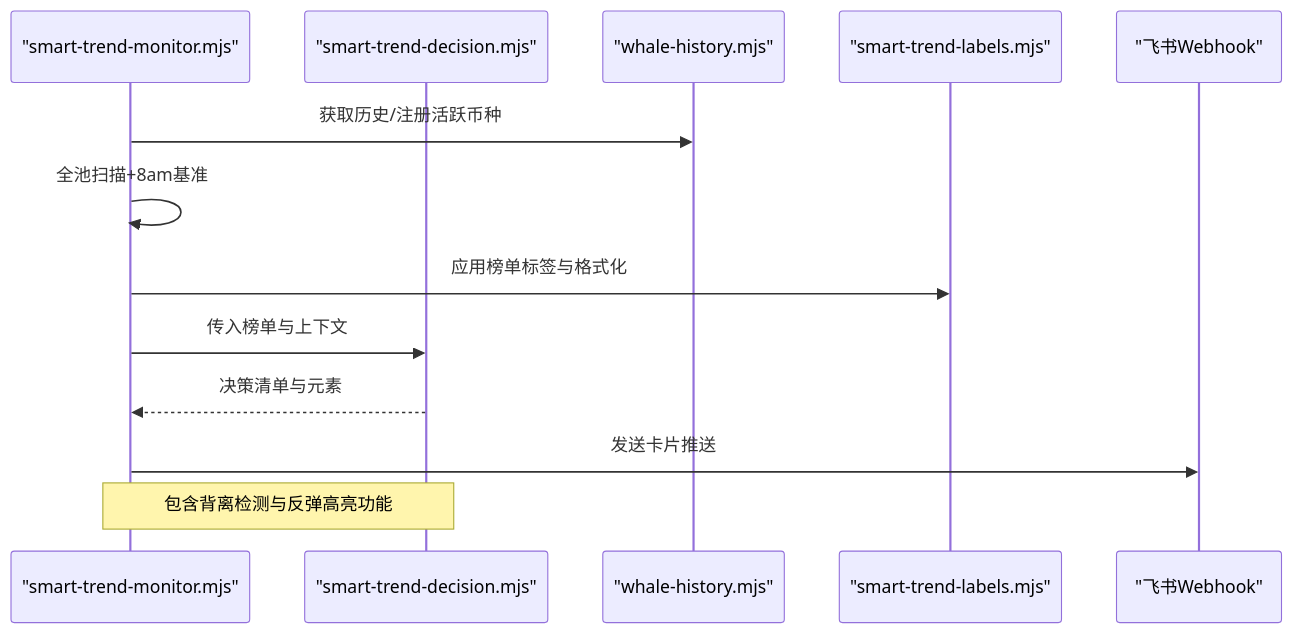
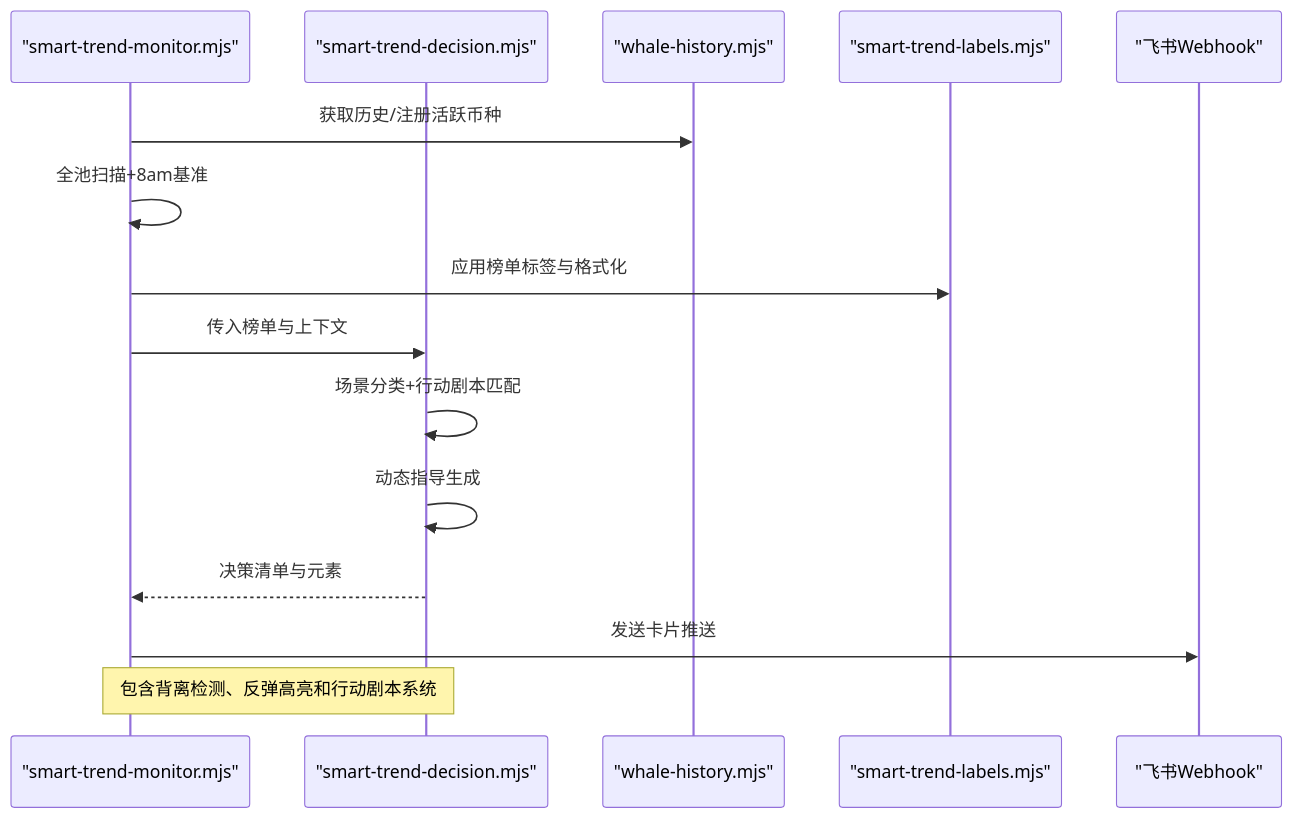
One commit to kekexilinan/BinaceSmart changed diagram 14 of 17 in .qoder/repowiki/zh/content/核心功能模块/聪明钱监控系统/聪明钱监控系统.md. Above: the diagram before and after it, drawn with Mermaid. The commit also changed other lines of this file and 63 other files, not shown here.

````diff
--- a/.qoder/repowiki/zh/content/核心功能模块/聪明钱监控系统/聪明钱监控系统.md
+++ b/.qoder/repowiki/zh/content/核心功能模块/聪明钱监控系统/聪明钱监控系统.md
@@ -502,15 +583,17 @@
 ```mermaid
 sequenceDiagram
 participant Monitor as "smart-trend-monitor.mjs"
 participant Decision as "smart-trend-decision.mjs"
 participant Whale as "whale-history.mjs"
 participant Labels as "smart-trend-labels.mjs"
 participant Feishu as "飞书Webhook"
 Monitor->>Whale : 获取历史/注册活跃币种
 Monitor->>Monitor : 全池扫描+8am基准
 Monitor->>Labels : 应用榜单标签与格式化
 Monitor->>Decision : 传入榜单与上下文
+Decision->>Decision : 场景分类+行动剧本匹配
+Decision->>Decision : 动态指导生成
 Decision-->>Monitor : 决策清单与元素
 Monitor->>Feishu : 发送卡片推送
-Note over Monitor,Decision : 包含背离检测与反弹高亮功能
+Note over Monitor,Decision : 包含背离检测、反弹高亮和行动剧本系统
 ```
````
